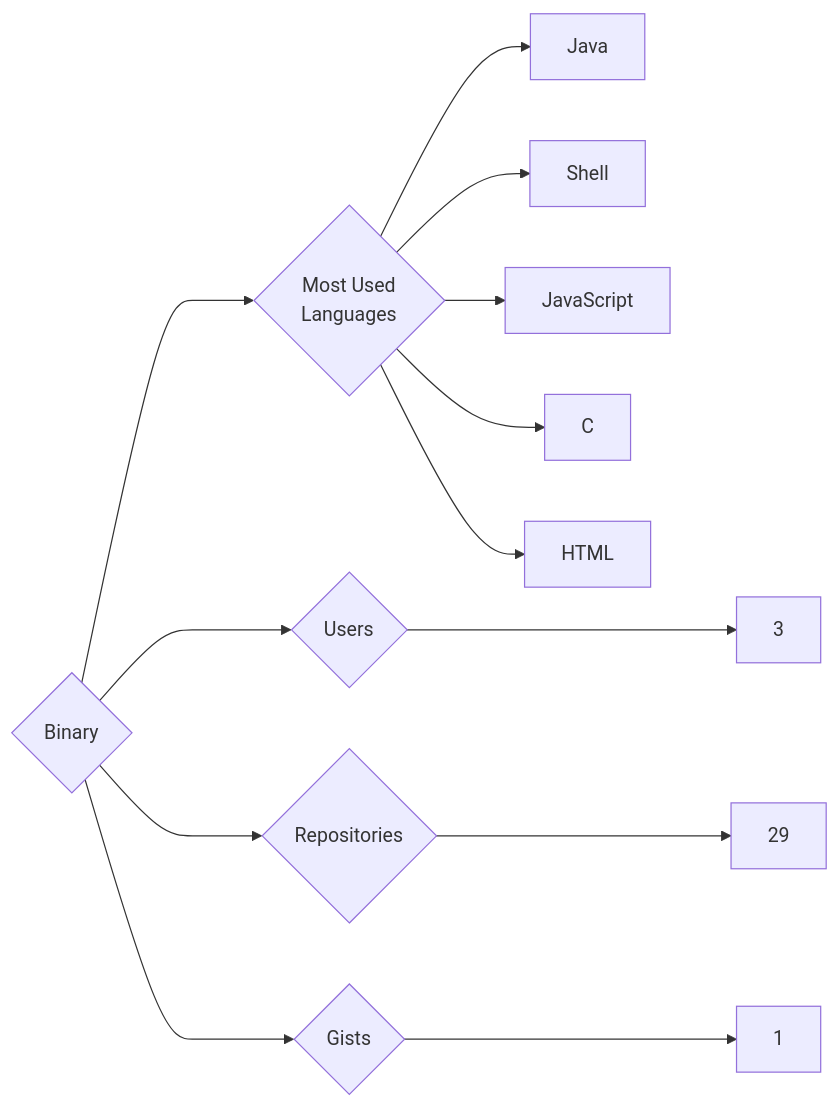
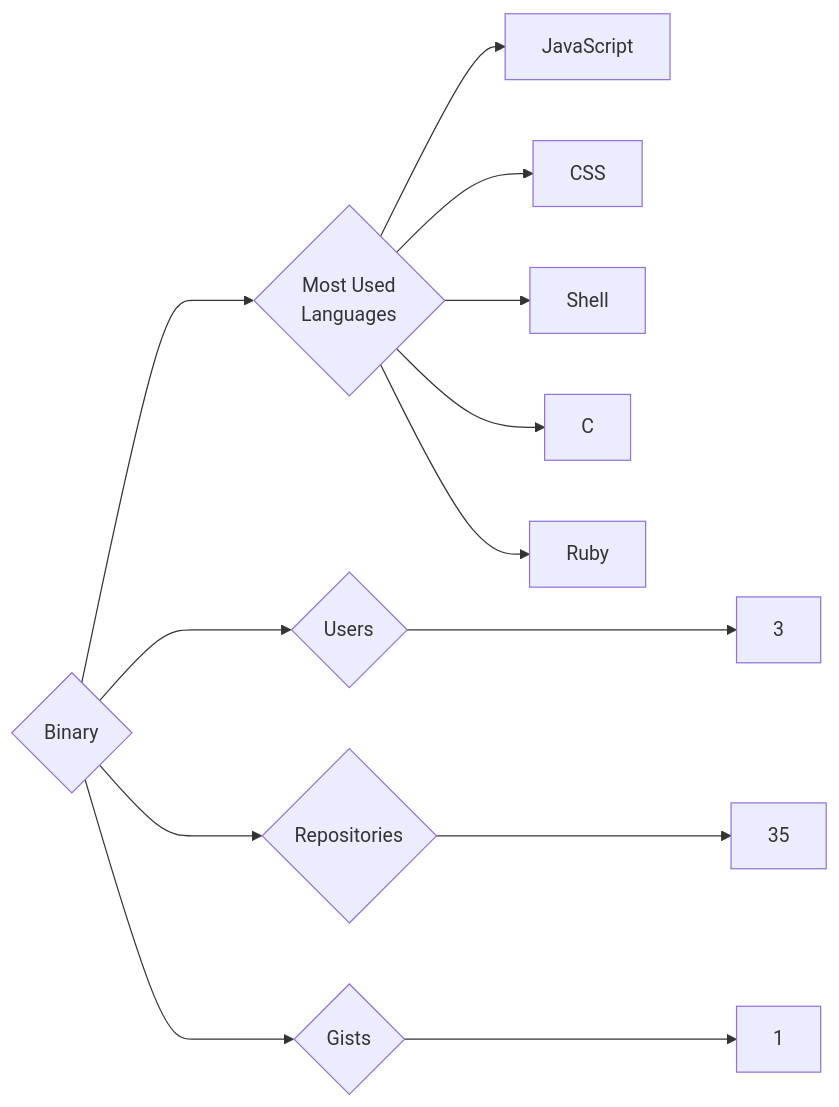
Before and after one commit to trickest/insiders: the diagram in targets/Binary/README.md, drawn with Mermaid. The commit also changed 633 other files, not shown here.

````diff
--- a/targets/Binary/README.md
+++ b/targets/Binary/README.md
@@ -3,13 +3,13 @@
 ```mermaid
 graph LR
 COMPANY_NAME{Binary}
 COMPANY_NAME ---> U{Users} ---> UN[3]
-COMPANY_NAME ---> R{Repositories} ---> RN[29]
+COMPANY_NAME ---> R{Repositories} ---> RN[35]
 COMPANY_NAME ---> G{Gists} ---> GN[1]
 COMPANY_NAME ---> ML{Most Used<br>Languages}
-ML --> Java[Java]
+ML --> JavaScript[JavaScript]
+ML --> CSS[CSS]
 ML --> Shell[Shell]
-ML --> JavaScript[JavaScript]
 ML --> C[C]
-ML --> HTML[HTML]
+ML --> Ruby[Ruby]
 ```
````
